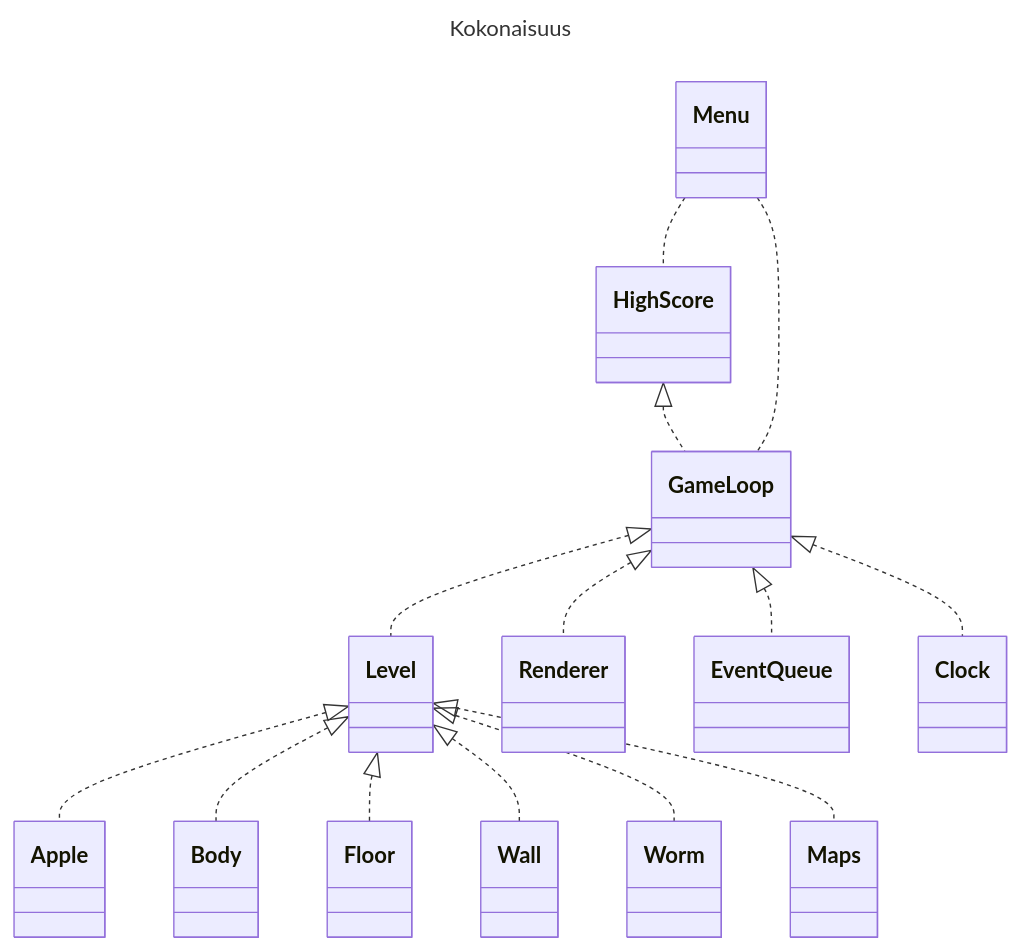
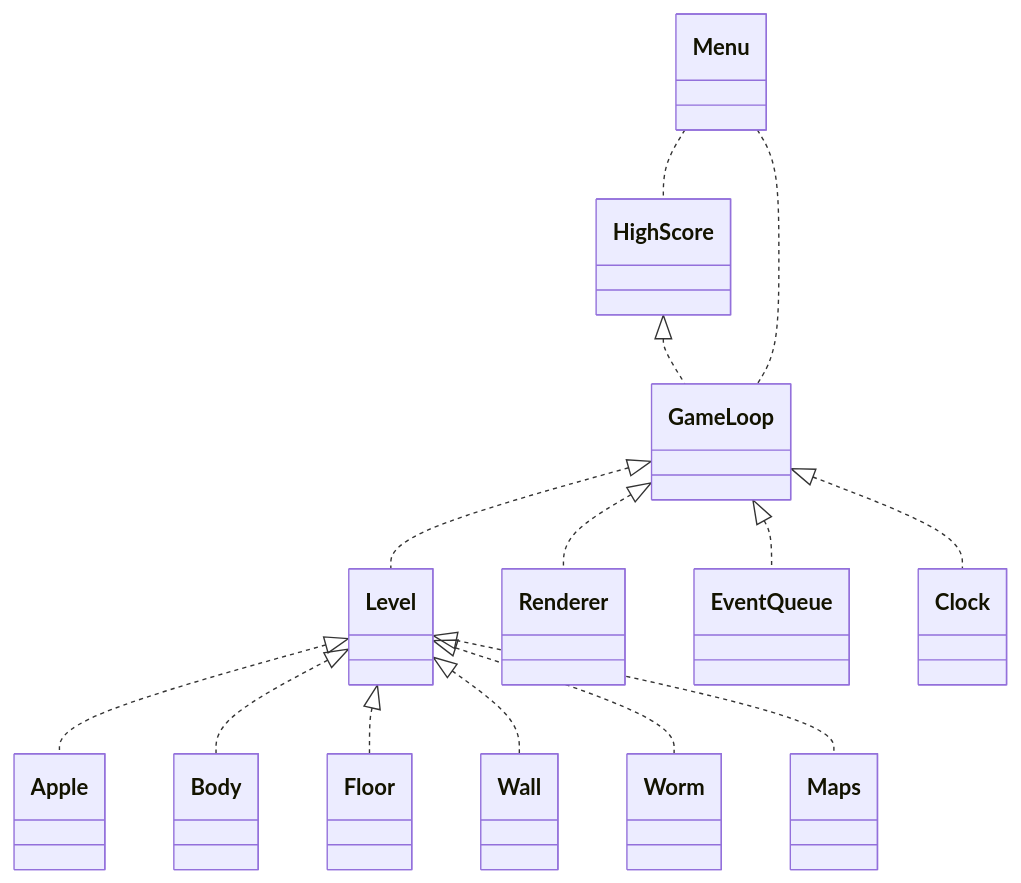
The first of 2 diagrams in dokumentaatio/arkkitehtuuri.md (VilleJuhan1/ot-harjoitustyo), drawn with Mermaid before and after one commit. The commit also changed other lines of this file, not shown here.

Commit message:
Added a sequence chart

````diff
--- a/dokumentaatio/arkkitehtuuri.md
+++ b/dokumentaatio/arkkitehtuuri.md
@@ -3,19 +3,16 @@
 ```mermaid
----
-title: Kokonaisuus
----
 classDiagram
     GameLoop <|.. Level
     GameLoop <|.. Renderer
     GameLoop <|.. EventQueue
     GameLoop <|.. Clock
     HighScore <|.. GameLoop
     Level <|.. Apple
     Level <|.. Body
     Level <|.. Floor
     Level <|.. Wall
     Level <|.. Worm
     Level <|.. Maps
     Menu .. GameLoop
     Menu .. HighScore
 ```
````
